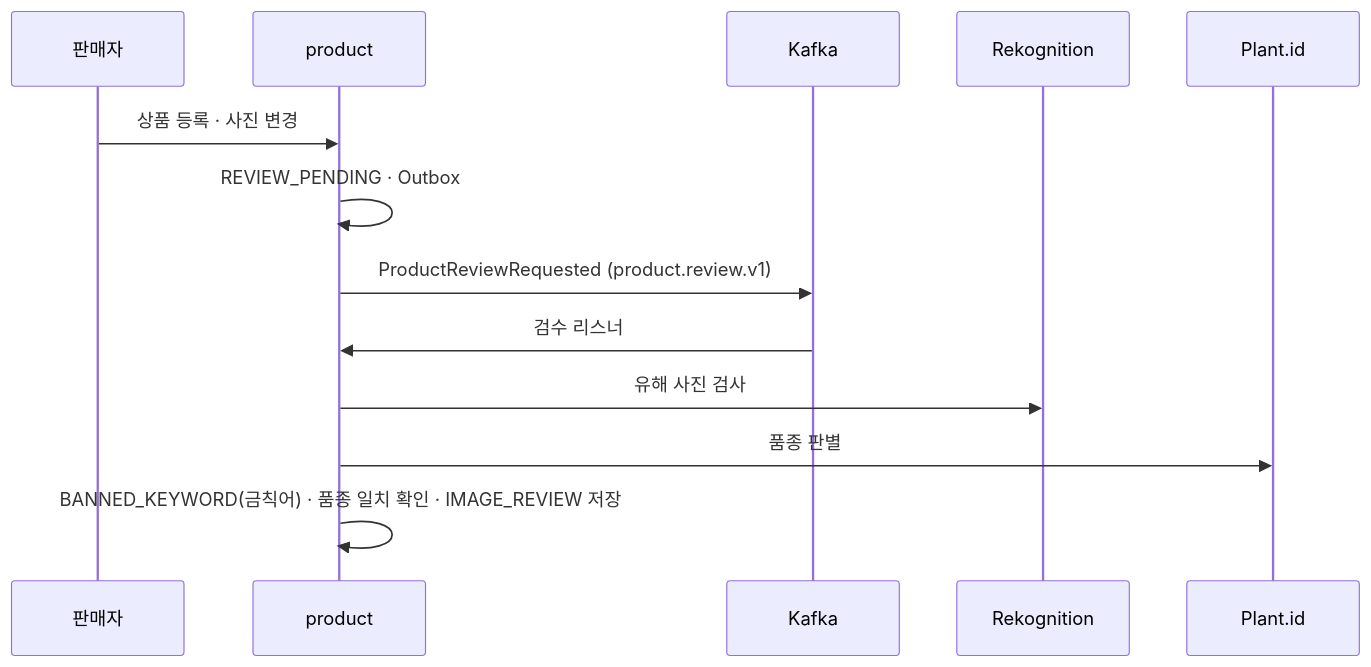
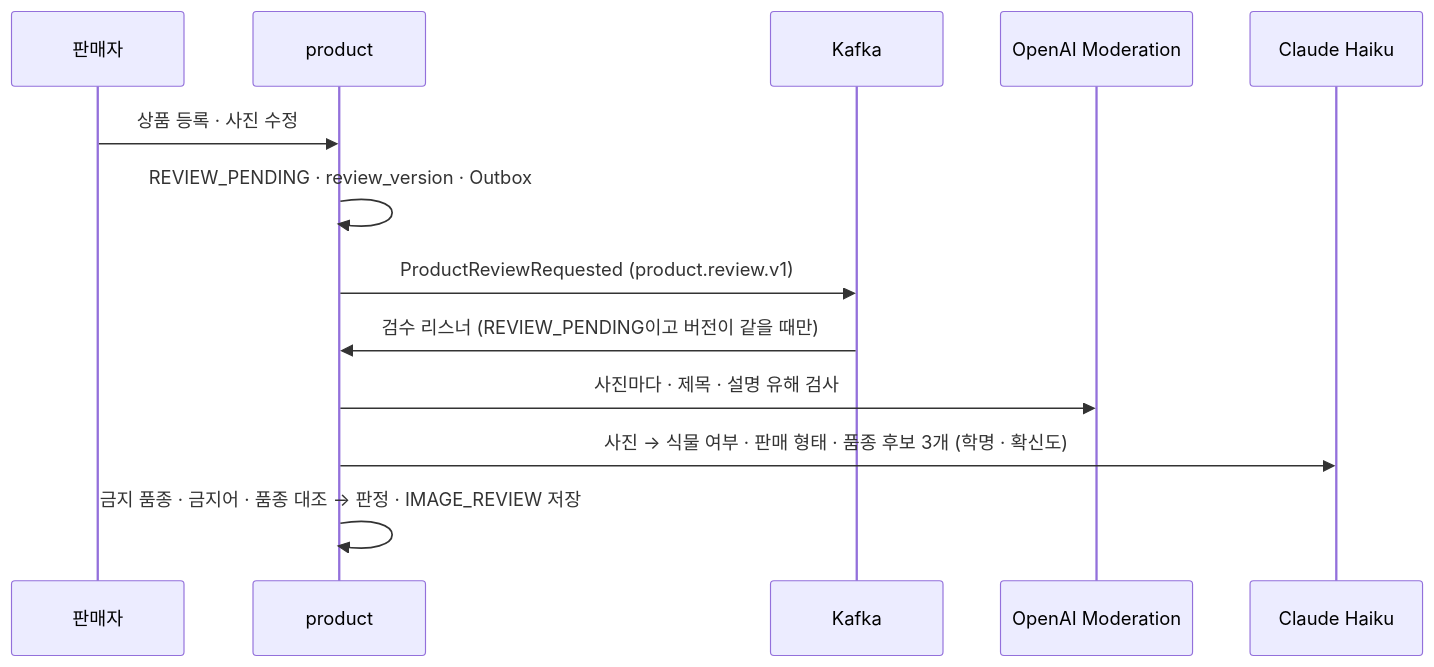
One commit to prgrms-be-adv-devcourse/beadv8_8_JustCommit_BE changed the diagram in docs/flows/image-review.md. Above: the diagram before and after it, drawn with Mermaid. The commit also changed other lines of this file and 41 other files, not shown here.

````diff
--- a/docs/flows/image-review.md
+++ b/docs/flows/image-review.md
@@ -8,15 +10,15 @@
 ```mermaid
 sequenceDiagram
     participant SL as 판매자
     participant PR as product
     participant K as Kafka
-    participant RK as Rekognition
-    participant PI as Plant.id
-    SL->>PR: 상품 등록 · 사진 변경
-    PR->>PR: REVIEW_PENDING · Outbox
+    participant OM as OpenAI Moderation
+    participant HK as Claude Haiku
+    SL->>PR: 상품 등록 · 사진 수정
+    PR->>PR: REVIEW_PENDING · review_version · Outbox
     PR->>K: ProductReviewRequested (product.review.v1)
-    K->>PR: 검수 리스너
-    PR->>RK: 유해 사진 검사
-    PR->>PI: 품종 판별
-    PR->>PR: BANNED_KEYWORD(금칙어) · 품종 일치 확인 · IMAGE_REVIEW 저장
+    K->>PR: 검수 리스너 (REVIEW_PENDING이고 버전이 같을 때만)
+    PR->>OM: 사진마다 · 제목 · 설명 유해 검사
+    PR->>HK: 사진 → 식물 여부 · 판매 형태 · 품종 후보 3개 (학명 · 확신도)
+    PR->>PR: 금지 품종 · 금지어 · 품종 대조 → 판정 · IMAGE_REVIEW 저장
 ```
````
